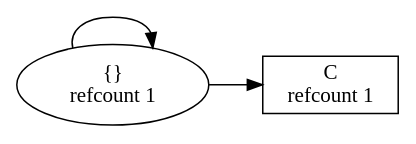
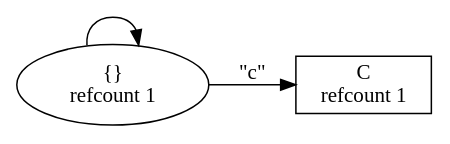
One commit to ajdavis/what-to-expect-when-youre-expiring changed the diagram in dot/example_0_1_1.dot. Above: the diagram before and after it, drawn with Graphviz. The commit also changed 21 other files, not shown here.

```diff
--- a/dot/example_0_1_1.dot
+++ b/dot/example_0_1_1.dot
@@ -1,6 +1,7 @@
 digraph cycle {
     rankdir = LR
+	d [label = "{}\nrefcount 1"]
     "C\nrefcount 1" [shape = rect]
-	"{}\nrefcount 1" -> "C\nrefcount 1"
-	"{}\nrefcount 1" -> "{}\nrefcount 1"
+	d -> "C\nrefcount 1" [label = "\"c\""]
+	d -> d
 }
```
